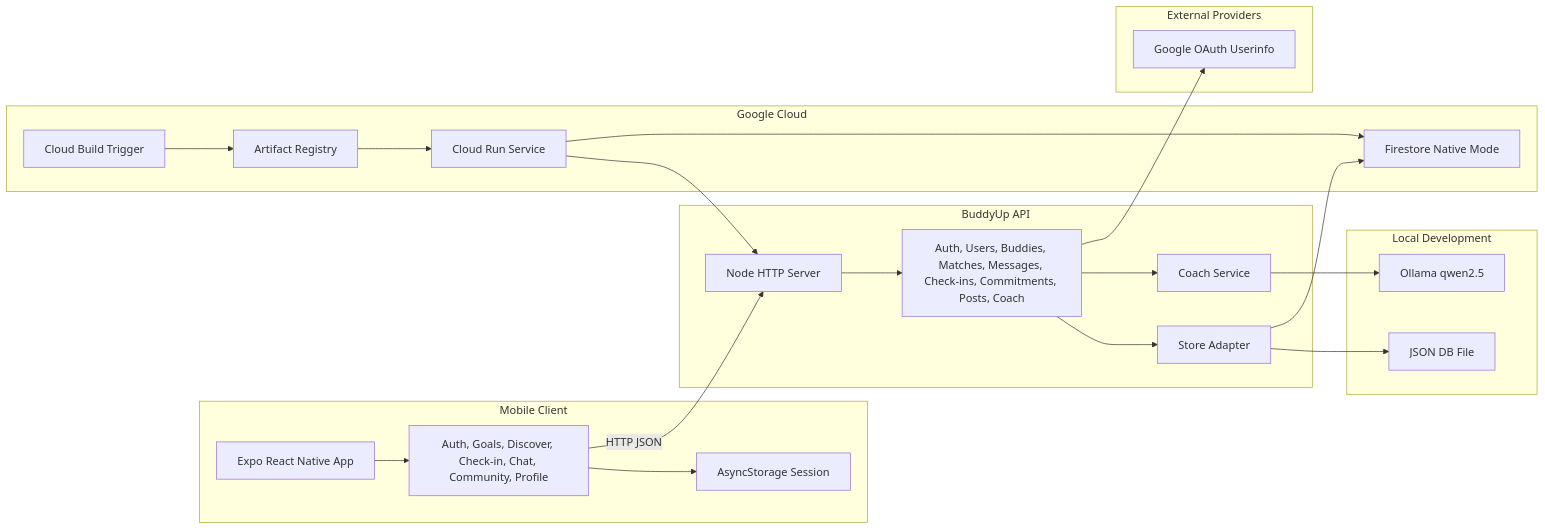
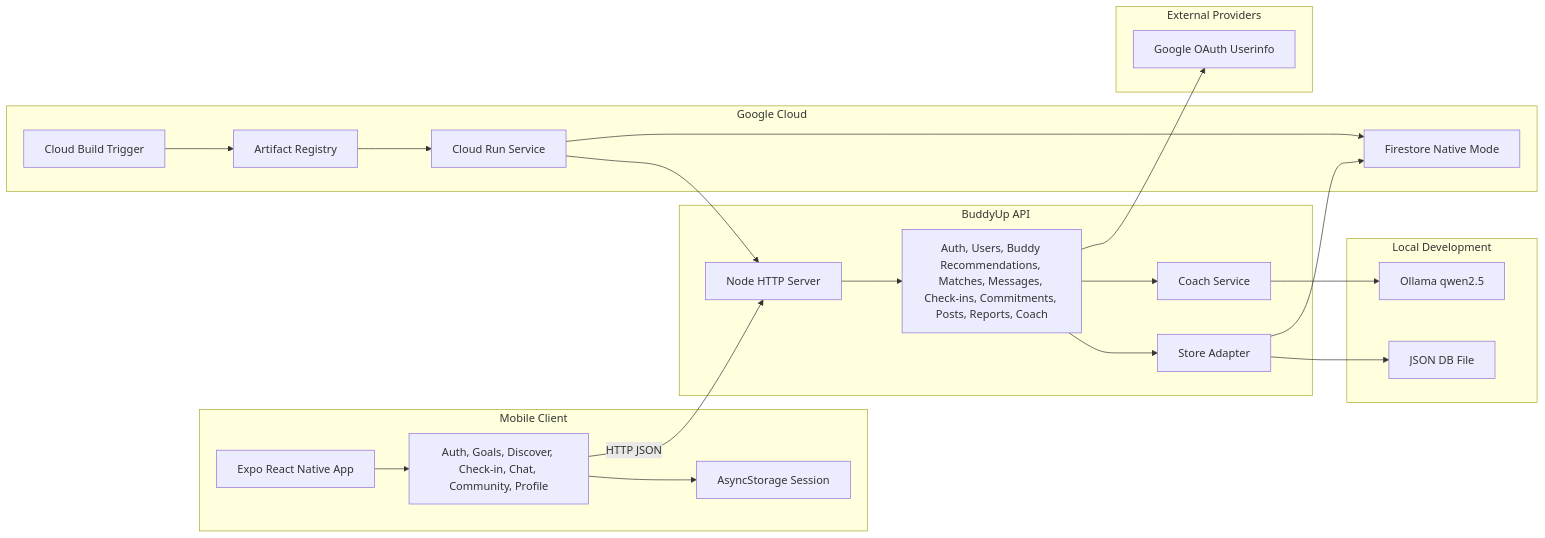
The first of 5 diagrams in README.md (AsadullahBajwa/buddyUp), drawn with Mermaid before and after one commit. The commit also changed other lines of this file and 1 other file, not shown here.

````diff
--- a/README.md
+++ b/README.md
@@ -42,46 +42,46 @@
 ```mermaid
 flowchart LR
   subgraph Client["Mobile Client"]
     Expo["Expo React Native App"]
     Screens["Auth, Goals, Discover, Check-in, Chat, Community, Profile"]
     LocalState["AsyncStorage Session"]
   end
 
   subgraph API["BuddyUp API"]
     Server["Node HTTP Server"]
-    Routes["Auth, Users, Buddies, Matches, Messages, Check-ins, Commitments, Posts, Coach"]
+    Routes["Auth, Users, Buddy Recommendations, Matches, Messages, Check-ins, Commitments, Posts, Reports, Coach"]
     StoreAdapter["Store Adapter"]
     Coach["Coach Service"]
   end
 
   subgraph LocalDev["Local Development"]
     JsonStore["JSON DB File"]
     Ollama["Ollama qwen2.5"]
   end
 
   subgraph Cloud["Google Cloud"]
     CloudRun["Cloud Run Service"]
     Firestore["Firestore Native Mode"]
     ArtifactRegistry["Artifact Registry"]
     CloudBuild["Cloud Build Trigger"]
   end
 
   subgraph External["External Providers"]
     GoogleOAuth["Google OAuth Userinfo"]
   end
 
   Expo --> Screens
   Screens --> LocalState
   Screens -->|HTTP JSON| Server
   Server --> Routes
   Routes --> StoreAdapter
   StoreAdapter --> JsonStore
   StoreAdapter --> Firestore
   Routes --> Coach
   Coach --> Ollama
   Routes --> GoogleOAuth
   CloudBuild --> ArtifactRegistry
   ArtifactRegistry --> CloudRun
   CloudRun --> Server
   CloudRun --> Firestore
 ```
````
